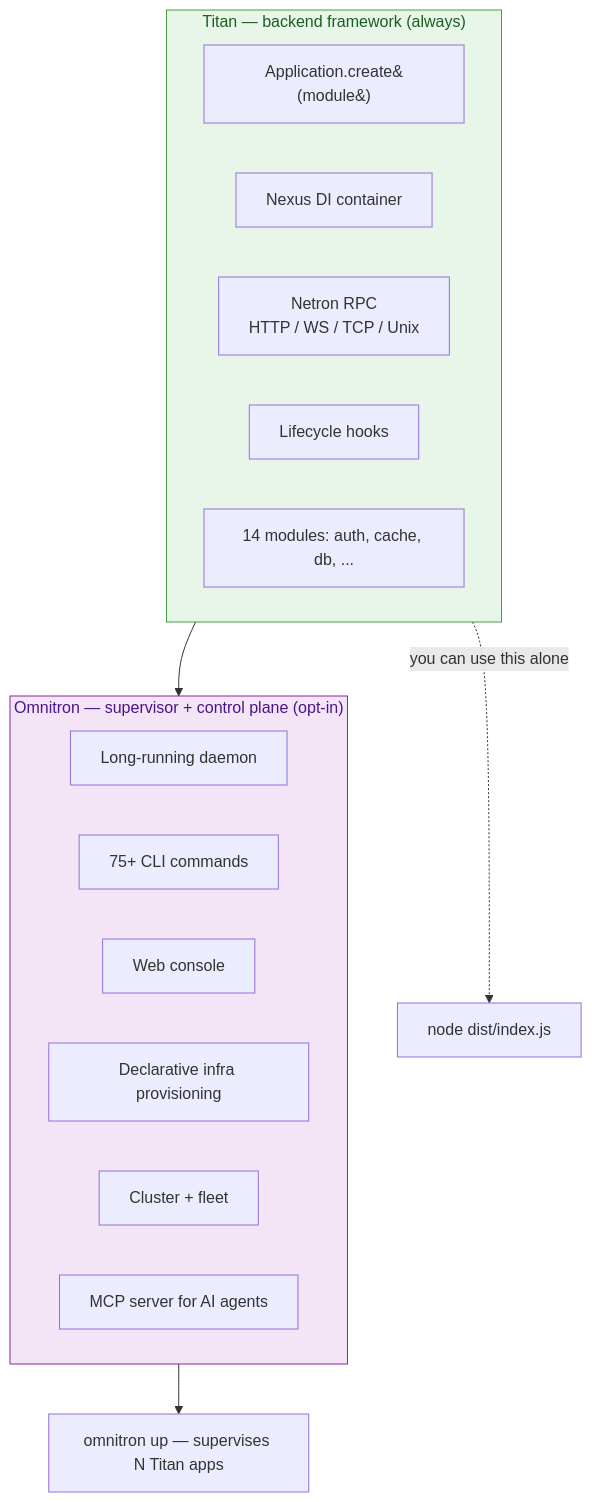
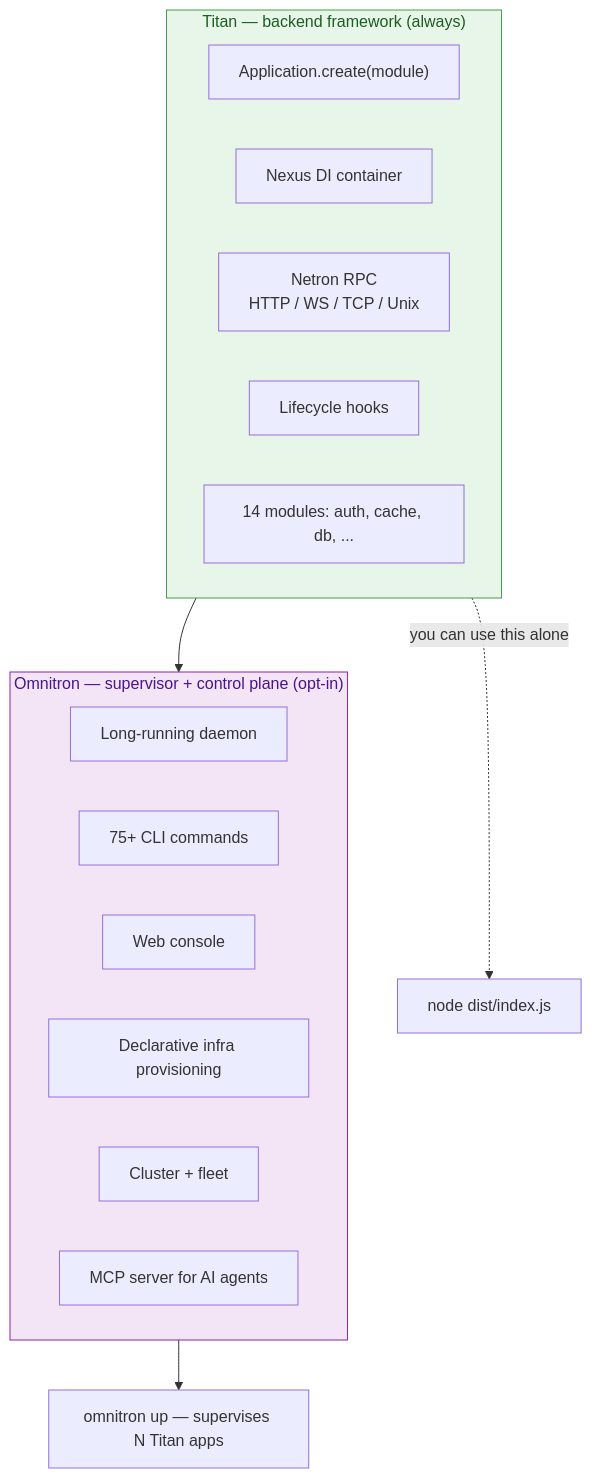
Before and after one commit to omnitron-dev/website: the diagram in docs/foundations/titan-vs-omnitron.md, drawn with Mermaid. The commit also changed 25 other files, not shown here.

Commit message:
docs: render structured trees and correct infrastructure diagrams

````diff
--- a/docs/foundations/titan-vs-omnitron.md
+++ b/docs/foundations/titan-vs-omnitron.md
@@ -21,30 +21,30 @@
 ```mermaid
 flowchart TB
   subgraph Titan["Titan — backend framework (always)"]
     direction LR
-    App[Application.create&#40;module&#41;]
+    App["Application.create(module)"]
     DI[Nexus DI container]
     Net[Netron RPC<br/>HTTP / WS / TCP / Unix]
     Lif[Lifecycle hooks]
     Mods[14 modules: auth, cache, db, ...]
   end
 
   subgraph Omnitron["Omnitron — supervisor + control plane (opt-in)"]
     direction LR
     Daemon[Long-running daemon]
     CLI[75+ CLI commands]
     Console[Web console]
     Infra[Declarative infra provisioning]
     Cluster[Cluster + fleet]
     MCP[MCP server for AI agents]
   end
 
   Titan -. you can use this alone .-> Run1[node dist/index.js]
   Titan --> Omnitron
   Omnitron --> Run2[omnitron up — supervises N Titan apps]
 
   classDef titan fill:#e8f5e9,stroke:#43a047,color:#1b5e20
   classDef omni fill:#f3e5f5,stroke:#8e24aa,color:#4a148c
   class Titan titan
   class Omnitron omni
 ```
````
